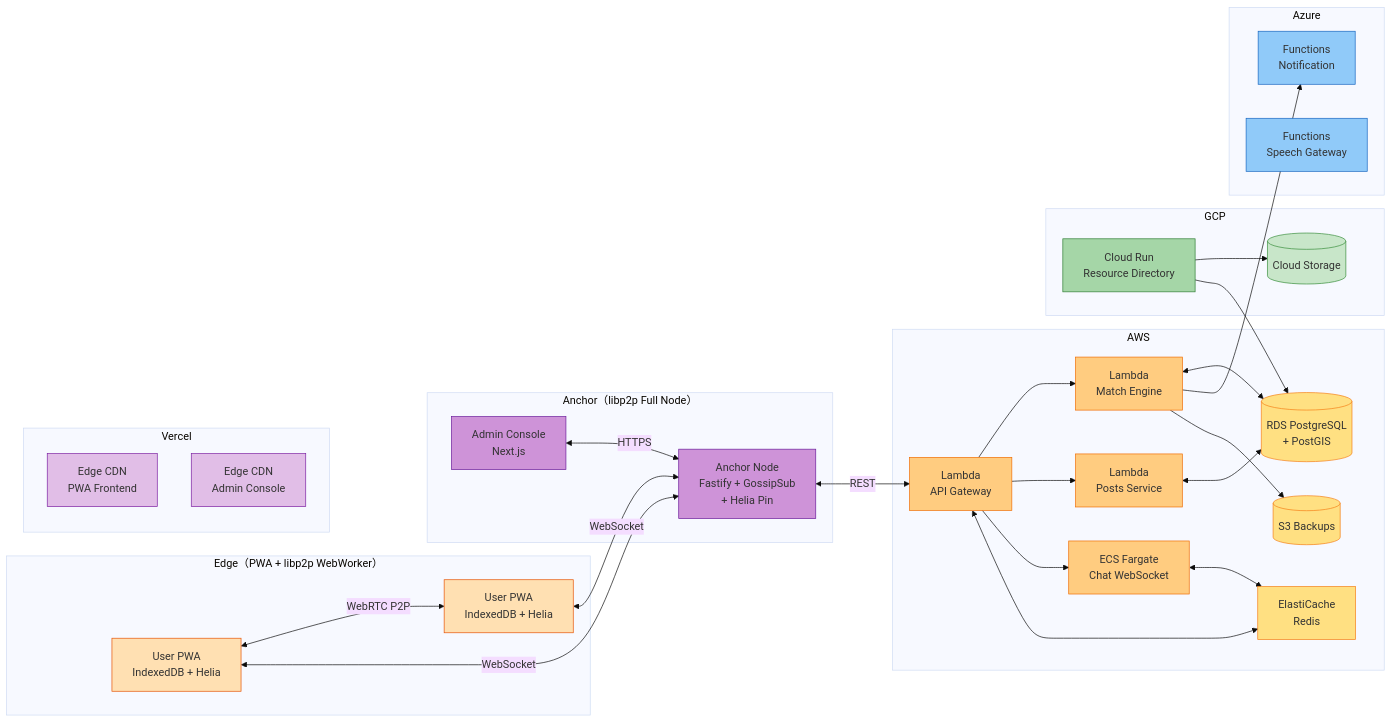
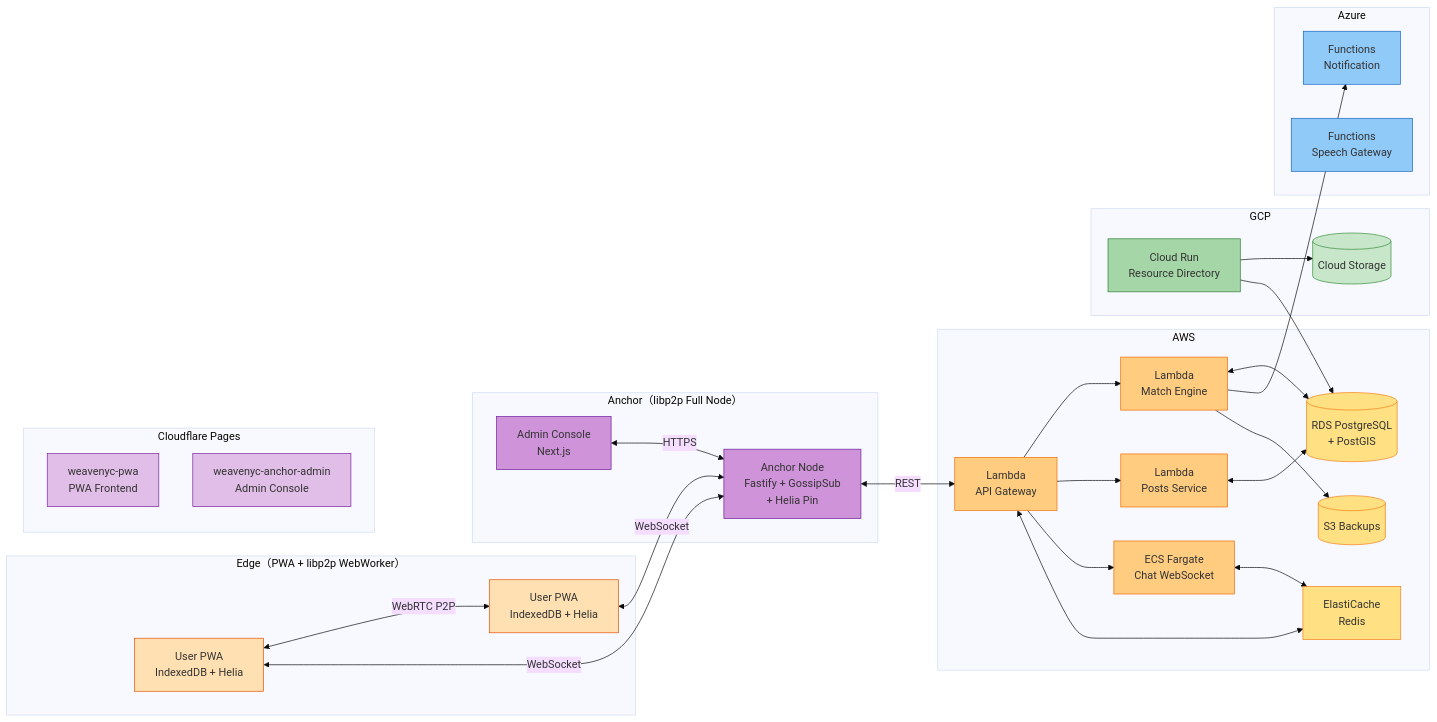
One commit to R0llcre/WeaveNYC changed the diagram in diagrams/04_physical_deployment.mermaid. Above: the diagram before and after it, drawn with Mermaid (base theme). The commit also changed 19 other files, not shown here.

First line of the commit message:
fix(ops+docs): pilot checklists endpoint truth + Vercel→CF Pages + env docs + CI placeholder guard + deploy concurrency + backup schedule + rollback SOP + idempotency docs + chat README

```diff
--- a/diagrams/04_physical_deployment.mermaid
+++ b/diagrams/04_physical_deployment.mermaid
@@ -1,74 +1,74 @@
 %% WeaveNYC — Physical Deployment: 多云部署拓扑
 %% Source: 06_Blueprints.md §2.3 + 19_Deployment_Guide.md §2
 
 flowchart LR
   subgraph Edge ["Edge（PWA + libp2p WebWorker）"]
     U1[User PWA<br/>IndexedDB + Helia]
     U2[User PWA<br/>IndexedDB + Helia]
   end
 
   subgraph Anchor ["Anchor（libp2p Full Node）"]
     AN[Anchor Node<br/>Fastify + GossipSub<br/>+ Helia Pin]
     AC[Admin Console<br/>Next.js]
   end
 
   subgraph AWS ["AWS"]
     APIGW[Lambda<br/>API Gateway]
     MATCH[Lambda<br/>Match Engine]
     POSTS[Lambda<br/>Posts Service]
     CHAT[ECS Fargate<br/>Chat WebSocket]
     RDS[(RDS PostgreSQL<br/>+ PostGIS)]
     REDIS[ElastiCache<br/>Redis]
     S3[(S3 Backups)]
   end
 
   subgraph GCP ["GCP"]
     CR[Cloud Run<br/>Resource Directory]
     GCS[(Cloud Storage)]
   end
 
   subgraph Azure ["Azure"]
     NOTIF[Functions<br/>Notification]
     SPEECH[Functions<br/>Speech Gateway]
   end
 
-  subgraph Vercel ["Vercel"]
-    PWA[Edge CDN<br/>PWA Frontend]
-    ADMV[Edge CDN<br/>Admin Console]
+  subgraph CFPages ["Cloudflare Pages"]
+    PWA[weavenyc-pwa<br/>PWA Frontend]
+    ADMV[weavenyc-anchor-admin<br/>Admin Console]
   end
 
   U1 <-->|"WebRTC P2P"| U2
   U1 <-->|WebSocket| AN
   U2 <-->|WebSocket| AN
   AC <-->|HTTPS| AN
 
   AN <-->|REST| APIGW
   APIGW --> MATCH
   APIGW --> POSTS
   APIGW --> CHAT
   MATCH <--> RDS
   POSTS <--> RDS
   CHAT <--> REDIS
   APIGW <--> REDIS
   MATCH --> NOTIF
   MATCH --> S3
   CR --> GCS
   CR --> RDS
 
   style U1 fill:#FFE0B2,stroke:#E65100
   style U2 fill:#FFE0B2,stroke:#E65100
   style AN fill:#CE93D8,stroke:#6A1B9A
   style AC fill:#CE93D8,stroke:#6A1B9A
   style APIGW fill:#FFCC80,stroke:#EF6C00
   style MATCH fill:#FFCC80,stroke:#EF6C00
   style POSTS fill:#FFCC80,stroke:#EF6C00
   style CHAT fill:#FFCC80,stroke:#EF6C00
   style RDS fill:#FFE082,stroke:#F57F17
   style REDIS fill:#FFE082,stroke:#F57F17
   style S3 fill:#FFE082,stroke:#F57F17
   style CR fill:#A5D6A7,stroke:#2E7D32
   style GCS fill:#C8E6C9,stroke:#388E3C
   style NOTIF fill:#90CAF9,stroke:#1565C0
   style SPEECH fill:#90CAF9,stroke:#1565C0
   style PWA fill:#E1BEE7,stroke:#7B1FA2
   style ADMV fill:#E1BEE7,stroke:#7B1FA2
```
